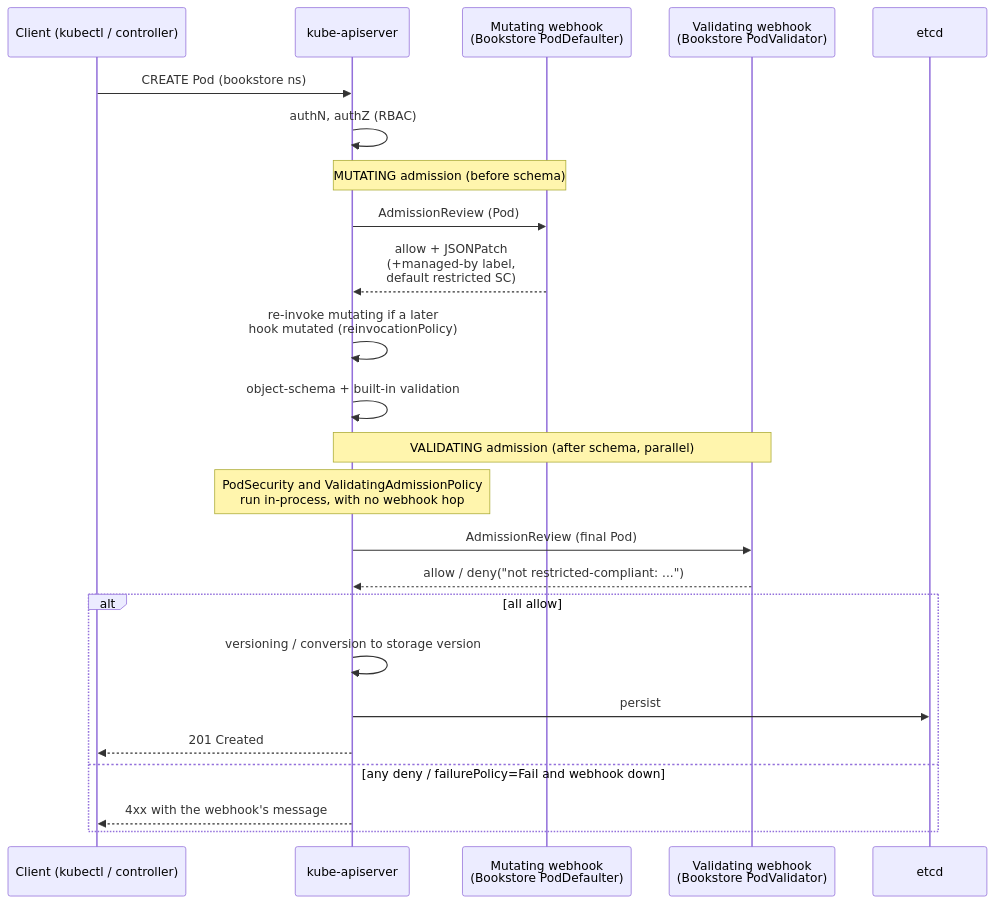
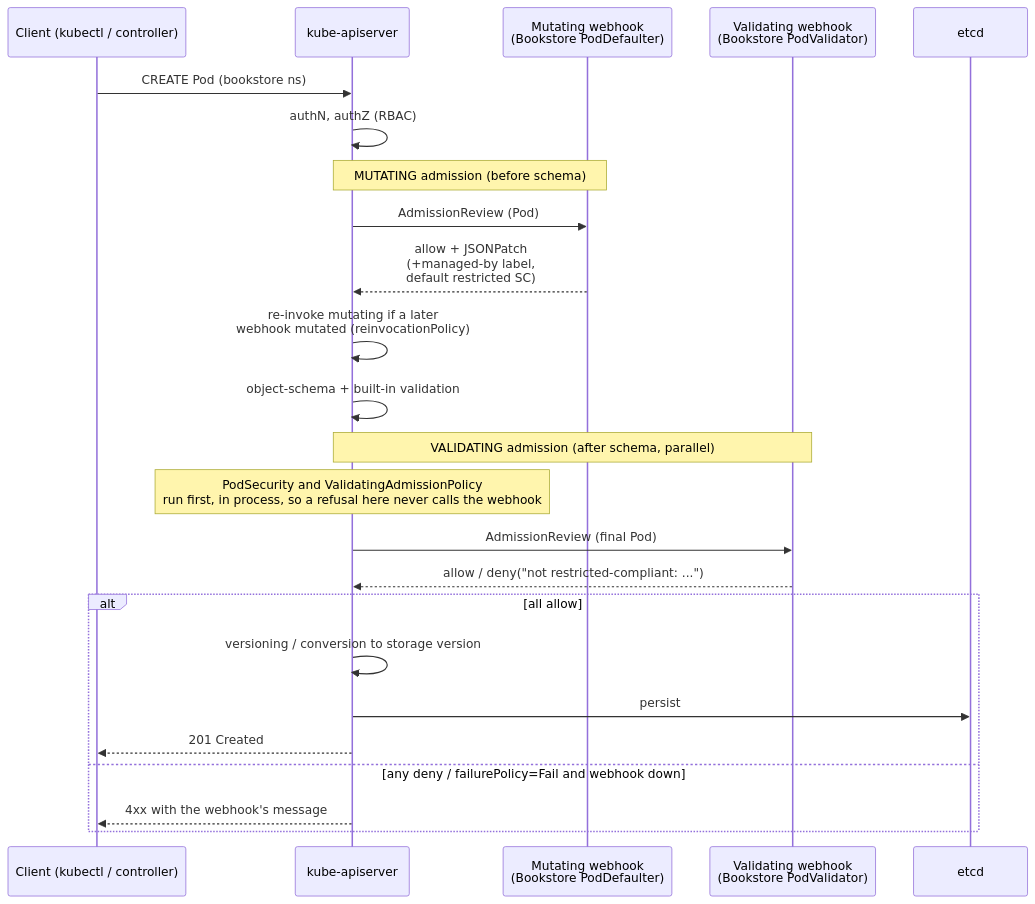
One commit to abd-ulbasit/bookstore-kubernetes-guide changed the diagram in full-guide/11-advanced-production-patterns/01-admission-webhooks.md. Above: the diagram before and after it, drawn with Mermaid. The commit also changed other lines of this file and 7 other files, not shown here.

First line of the commit message:
security-first part 11: review fixes for chapters 01 to 04

````diff
--- a/full-guide/11-advanced-production-patterns/01-admission-webhooks.md
+++ b/full-guide/11-advanced-production-patterns/01-admission-webhooks.md
@@ -152,27 +152,27 @@
 ```mermaid
 sequenceDiagram
     participant C as Client (kubectl / controller)
     participant A as kube-apiserver
     participant M as Mutating webhook<br/>(Bookstore PodDefaulter)
     participant V as Validating webhook<br/>(Bookstore PodValidator)
     participant E as etcd
 
     C->>A: CREATE Pod (bookstore ns)
     A->>A: authN, authZ (RBAC)
     Note over A,M: MUTATING admission (before schema)
     A->>M: AdmissionReview (Pod)
     M-->>A: allow + JSONPatch<br/>(+managed-by label,<br/>default restricted SC)
-    A->>A: re-invoke mutating if a later<br/>hook mutated (reinvocationPolicy)
+    A->>A: re-invoke mutating if a later<br/>webhook mutated (reinvocationPolicy)
     A->>A: object-schema + built-in validation
     Note over A,V: VALIDATING admission (after schema, parallel)
-    Note over A: PodSecurity and ValidatingAdmissionPolicy<br/>run in-process, with no webhook hop
+    Note over A: PodSecurity and ValidatingAdmissionPolicy<br/>run first, in process, so a refusal here never calls the webhook
     A->>V: AdmissionReview (final Pod)
     V-->>A: allow / deny("not restricted-compliant: ...")
     alt all allow
         A->>A: versioning / conversion to storage version
         A->>E: persist
         A-->>C: 201 Created
     else any deny / failurePolicy=Fail and webhook down
         A-->>C: 4xx with the webhook's message
     end
 ```
````
